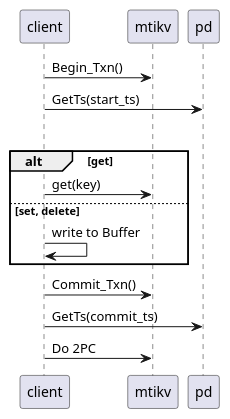
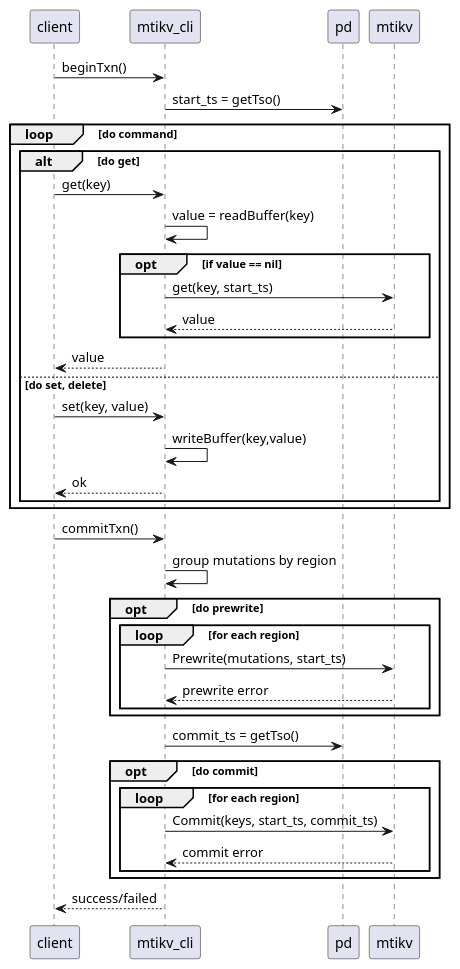
The diagram in README.md (thoainguyen/mtikv), drawn with PlantUML before and after one commit. The commit also changed other lines of this file, not shown here.

Commit message:
update flow

````diff
--- a/README.md
+++ b/README.md
@@ -20,14 +20,38 @@
 ```plantuml
-client -> mtikv : Begin_Txn()
-client -> pd : GetTs(start_ts)
-loop command
-    alt get
-        client -> mtikv: get(key)
-    else set, delete
-        client -> client: write to Buffer
+@startuml
+client -> mtikv_cli : beginTxn()
+mtikv_cli -> pd : start_ts = getTso()
+loop do command
+    alt do get
+        client -> mtikv_cli: get(key)
+        mtikv_cli -> mtikv_cli: value = readBuffer(key)
+        opt if value == nil
+            mtikv_cli -> mtikv: get(key, start_ts)
+            mtikv --> mtikv_cli:  value
+        end
+        mtikv_cli --> client: value
+    else do set, delete
+        client->mtikv_cli: set(key, value)
+        mtikv_cli -> mtikv_cli: writeBuffer(key,value)
+        mtikv_cli --> client: ok
+    end
 end
-client -> mtikv: Commit_Txn()
-client -> pd: GetTs(commit_ts)
-client -> mtikv: Do 2PC
+client -> mtikv_cli: commitTxn()
+mtikv_cli -> mtikv_cli: group mutations by region
+opt do prewrite
+    loop for each region
+        mtikv_cli -> mtikv: Prewrite(mutations, start_ts)
+        mtikv --> mtikv_cli: prewrite error
+    end
+end
+mtikv_cli -> pd: commit_ts = getTso()
+opt do commit
+    loop for each region
+        mtikv_cli -> mtikv: Commit(keys, start_ts, commit_ts)
+        mtikv --> mtikv_cli: commit error
+    end
+end
 
+mtikv_cli --> client:  success/failed
+@enduml
 ```
````
